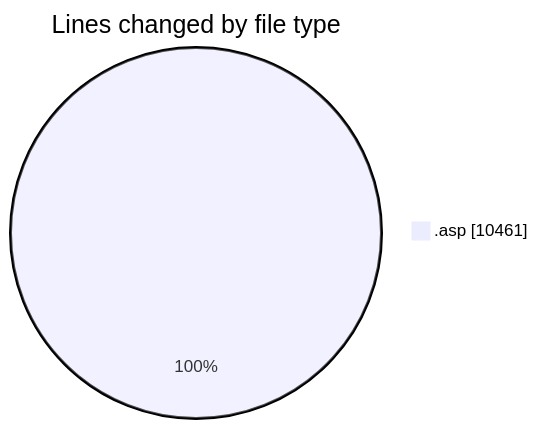
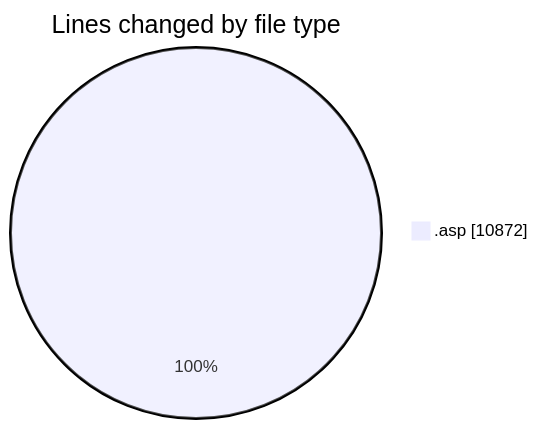
Before and after one commit to julien-gomy/code-tracking: the first of 2 diagrams in 2025-10-31/cdp_aleoudev_fr__workspace_/README.md, drawn with Mermaid. The commit also changed other lines of this file and 1 other file, not shown here.

````diff
--- a/2025-10-31/cdp_aleoudev_fr__workspace_/README.md
+++ b/2025-10-31/cdp_aleoudev_fr__workspace_/README.md
@@ -26,5 +27,5 @@
 ```mermaid
 pie showData
 title Lines changed by file type
-".asp" : 10461
+".asp" : 10872
 ```
````
